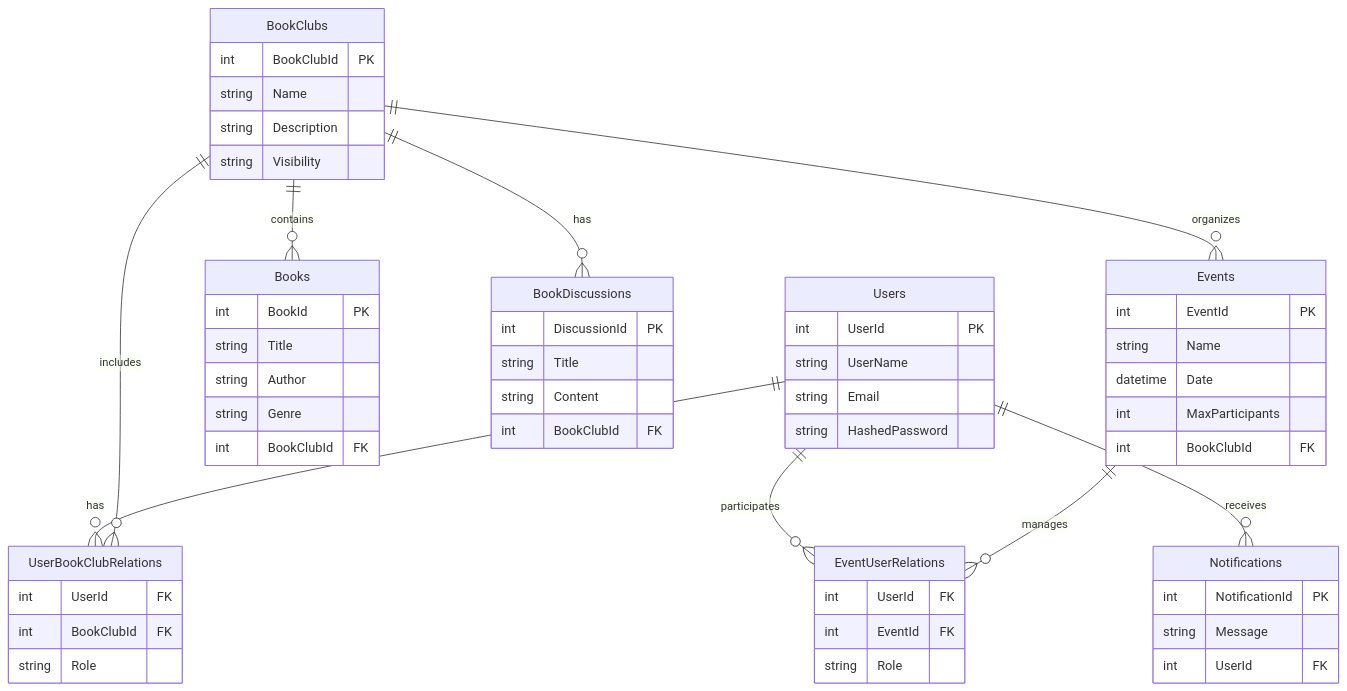
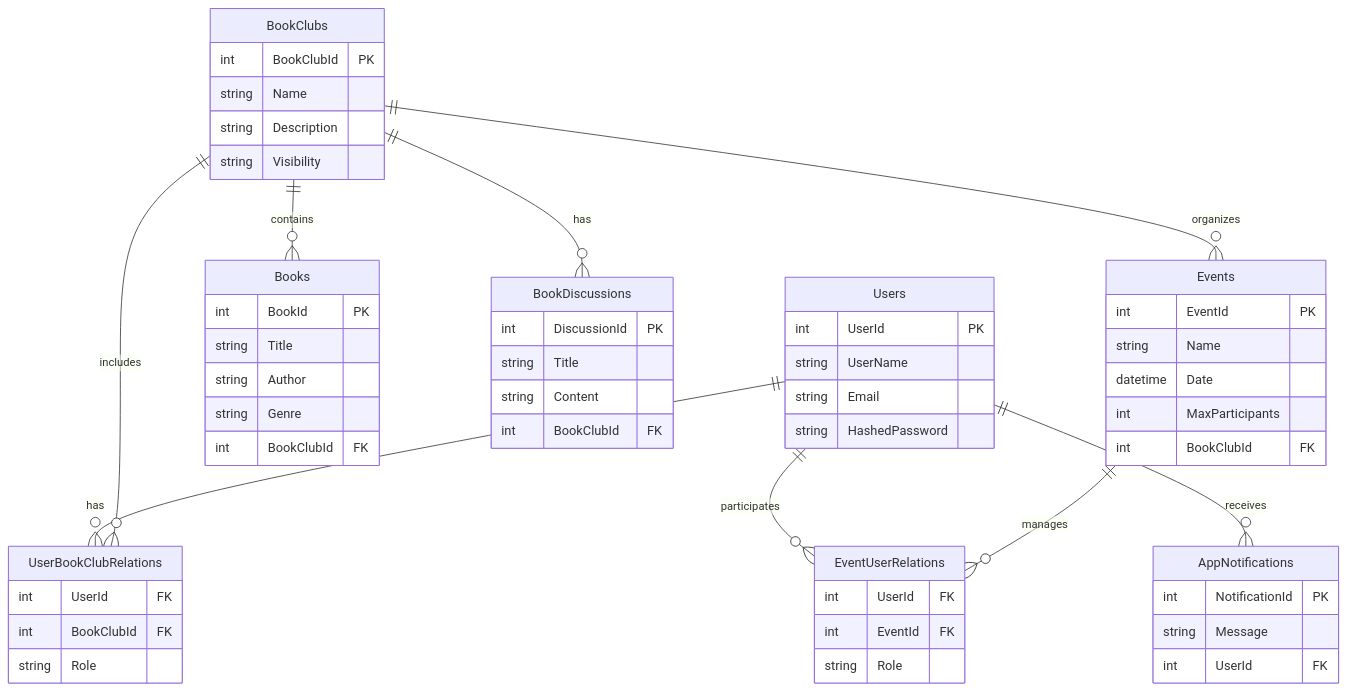
The first of 19 diagrams in docs/diagrams.md (ElisaRumSolberg/BookSphereAPI), drawn with Mermaid before and after one commit. The commit also changed 9 other files, not shown here.

````diff
--- a/docs/diagrams.md
+++ b/docs/diagrams.md
@@ -7,60 +7,60 @@
 ```mermaid
 erDiagram
     Users {
         int UserId PK
         string UserName
         string Email
         string HashedPassword
     }
     BookClubs {
         int BookClubId PK
         string Name
         string Description
         string Visibility
     }
     Books {
         int BookId PK
         string Title
         string Author
         string Genre
         int BookClubId FK
     }
     BookDiscussions {
         int DiscussionId PK
         string Title
         string Content
         int BookClubId FK
     }
     Events {
         int EventId PK
         string Name
         datetime Date
         int MaxParticipants
         int BookClubId FK
     }
-    Notifications {
+    AppNotifications {
         int NotificationId PK
         string Message
         int UserId FK
     }
     UserBookClubRelations {
         int UserId FK
         int BookClubId FK
         string Role
     }
     EventUserRelations {
         int UserId FK
         int EventId FK
         string Role
     }
 
     %% Relationships
     Users ||--o{ UserBookClubRelations : "has"
     BookClubs ||--o{ UserBookClubRelations : "includes"
     BookClubs ||--o{ Books : "contains"
     BookClubs ||--o{ BookDiscussions : "has"
     BookClubs ||--o{ Events : "organizes"
-    Users ||--o{ Notifications : "receives"
+    Users ||--o{ AppNotifications : "receives"
     Users ||--o{ EventUserRelations : "participates"
     Events ||--o{ EventUserRelations : "manages"
 ```
````
